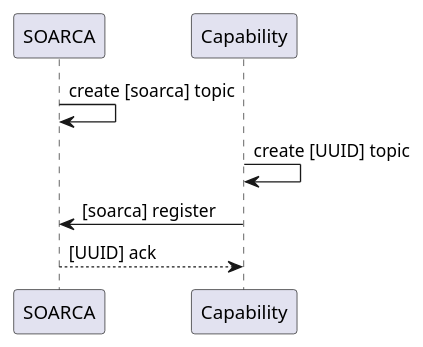
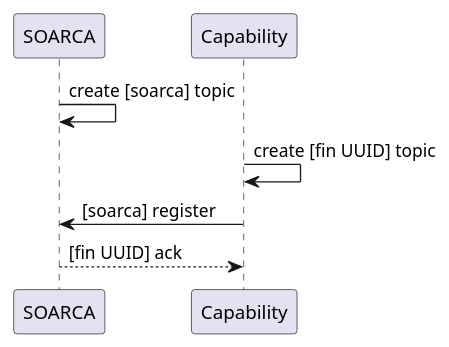
One commit to COSSAS/SOARCA changed diagram 16 of 19 in documentation/content/en/docs/soarca-extentions/fin-protocol.md. Above: the diagram before and after it, drawn with PlantUML. The commit also changed other lines of this file, not shown here.

Commit message:
Moved fin protocol from doc to documentation

````diff
--- a/documentation/content/en/docs/soarca-extentions/fin-protocol.md
+++ b/documentation/content/en/docs/soarca-extentions/fin-protocol.md
@@ -498,14 +495,14 @@
 ```plantuml
 @startuml
 
 participant "SOARCA" as soarca
 participant Capability as fin
 
 soarca -> soarca : create [soarca] topic
 
-fin -> fin : create [UUID] topic
+fin -> fin : create [fin UUID] topic
 soarca <- fin : [soarca] register
-soarca --> fin : [UUID] ack 
+soarca --> fin : [fin UUID] ack 
 
 @enduml
 ```
````
